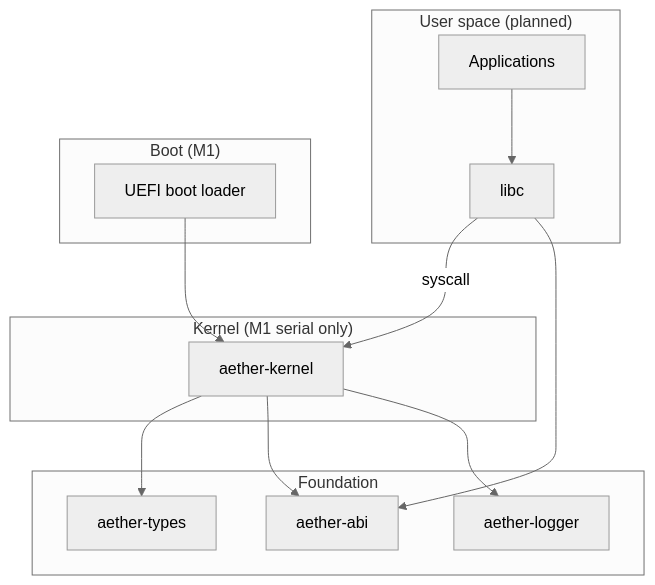
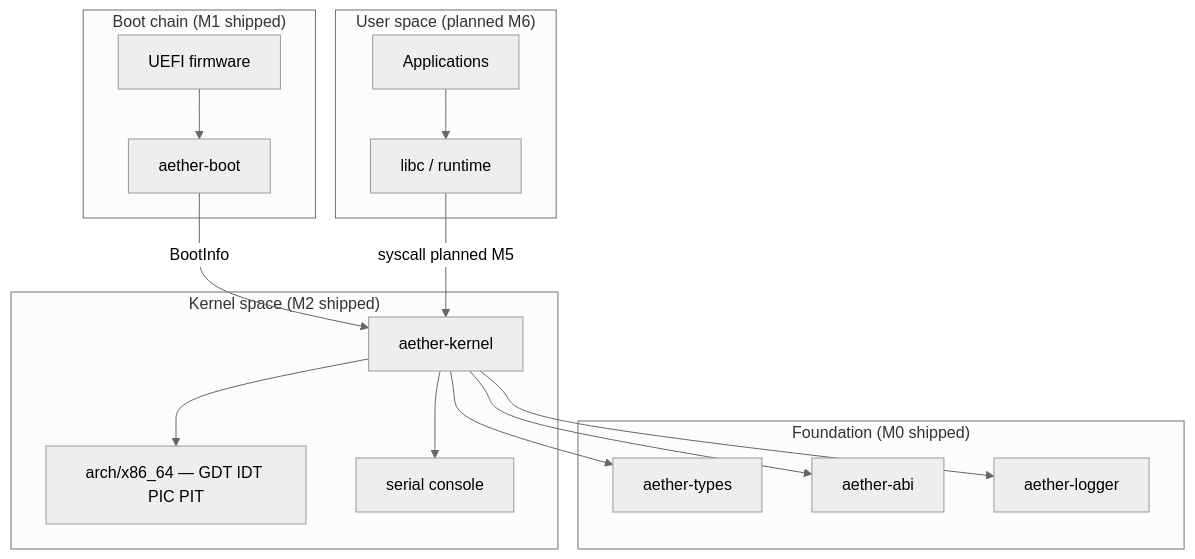
One commit to D1bakar/ather-os changed the diagram in README.md. Above: the diagram before and after it, drawn with Mermaid (neutral theme). The commit also changed other lines of this file and 17 other files, not shown here.

````diff
--- a/README.md
+++ b/README.md
@@ -35,29 +64,34 @@
 ```mermaid
 graph TB
-    subgraph userspace["User space (planned)"]
+    subgraph userspace["User space (planned M6)"]
         APP[Applications]
-        LIBC[libc]
+        LIBC[libc / runtime]
     end
 
-    subgraph kernelspace["Kernel (M1 serial only)"]
+    subgraph kernelspace["Kernel space (M2 shipped)"]
         KERN[aether-kernel]
+        ARCH[arch/x86_64 — GDT IDT PIC PIT]
+        SER[serial console]
     end
 
-    subgraph boot["Boot (M1)"]
-        BL[UEFI boot loader]
+    subgraph bootchain["Boot chain (M1 shipped)"]
+        UEFI[UEFI firmware]
+        BL[aether-boot]
     end
 
-    subgraph m0["Foundation"]
+    subgraph foundation["Foundation (M0 shipped)"]
         TYPES[aether-types]
         ABI[aether-abi]
         LOG[aether-logger]
     end
 
-    BL --> KERN
+    UEFI --> BL
+    BL -->|BootInfo| KERN
+    KERN --> ARCH
+    KERN --> SER
     APP --> LIBC
-    LIBC -->|syscall| KERN
+    LIBC -->|syscall planned M5| KERN
     KERN --> TYPES
-    LIBC --> ABI
     KERN --> ABI
     KERN --> LOG
 ```
````
